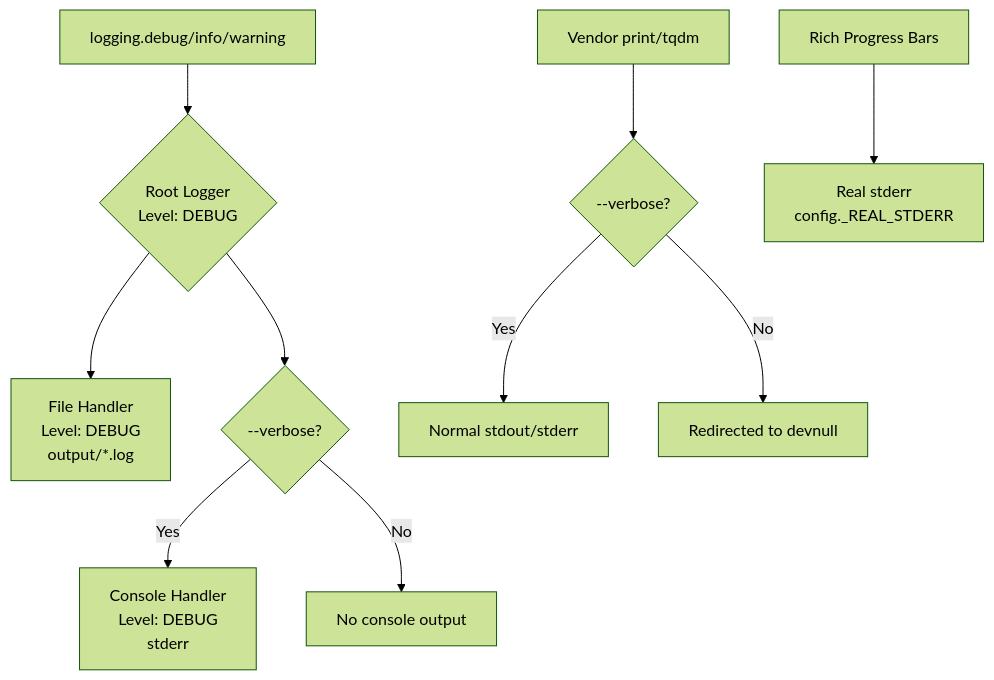
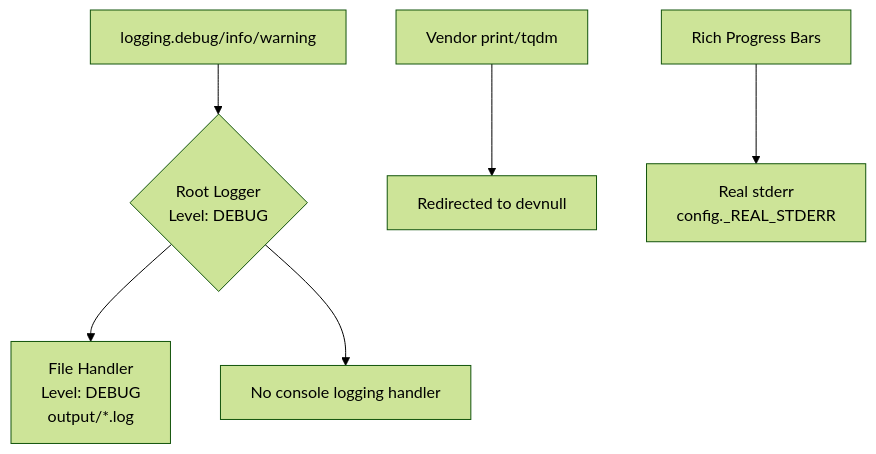
Before and after one commit to garystorey/zimbra: diagram 14 of 16 in docs/tdd.md, drawn with Mermaid (forest theme). The commit also changed other lines of this file and 9 other files, not shown here.

Commit message:
remove --verbose CLI option and always use clean UI with full debug logging to file

````diff
--- a/docs/tdd.md
+++ b/docs/tdd.md
@@ -422,14 +422,10 @@
 ```mermaid
 flowchart TD
     A[logging.debug/info/warning] --> B{Root Logger<br/>Level: DEBUG}
     B --> C[File Handler<br/>Level: DEBUG<br/>output/*.log]
-    B --> D{--verbose?}
-    D -->|Yes| E[Console Handler<br/>Level: DEBUG<br/>stderr]
-    D -->|No| F[No console output]
+    B --> D[No console logging handler]
 
-    G[Vendor print/tqdm] --> H{--verbose?}
-    H -->|Yes| I[Normal stdout/stderr]
-    H -->|No| J[Redirected to devnull]
+    G[Vendor print/tqdm] --> J[Redirected to devnull]
 
     K[Rich Progress Bars] --> L[Real stderr<br/>config._REAL_STDERR]
 ```
````
